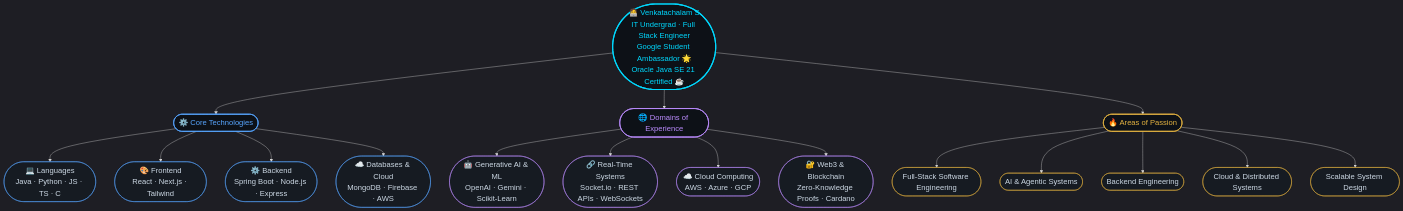
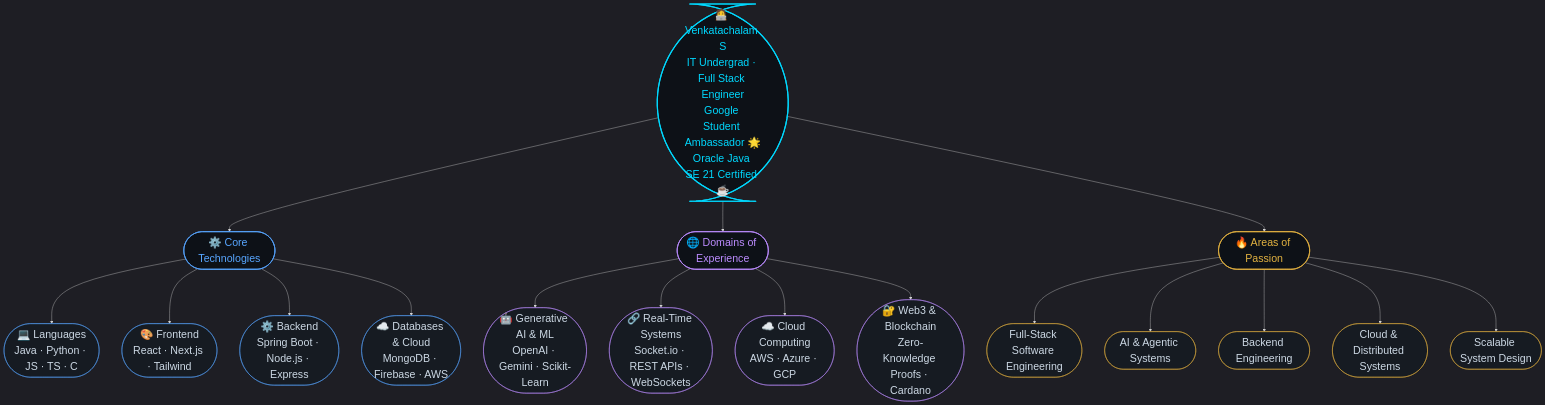
One commit to Venkat7123/Venkat7123 changed the diagram in README.md. Above: the diagram before and after it, drawn with Mermaid. The commit also changed other lines of this file, not shown here.

````diff
--- a/README.md
+++ b/README.md
@@ -34,42 +27,42 @@
 ```mermaid
-%%{init: {'theme': 'dark', 'themeVariables': { 'fontSize': '20px'}}}%%
+%%{init: {'theme': 'dark', 'themeVariables': { 'fontSize': '28px', 'fontFamily': 'Fira Code'}, 'flowchart': {'useMaxWidth': false, 'nodeSpacing': 60, 'rankSpacing': 80}}}%%
 flowchart TD
     A(["🧑‍💻 Venkatachalam S\nIT Undergrad · Full Stack Engineer\nGoogle Student Ambassador 🌟\nOracle Java SE 21 Certified ☕"])
 
     A --> B(["⚙️ Core Technologies"])
     B --> B1(["💻 Languages\nJava · Python · JS · TS · C"])
     B --> B2(["🎨 Frontend\nReact · Next.js · Tailwind"])
     B --> B3(["⚙️ Backend\nSpring Boot · Node.js · Express"])
     B --> B4(["☁️ Databases & Cloud\nMongoDB · Firebase · AWS"])
 
     A --> C(["🌐 Domains of Experience"])
     C --> C1(["🤖 Generative AI & ML\nOpenAI · Gemini · Scikit-Learn"])
     C --> C2(["🔗 Real-Time Systems\nSocket.io · REST APIs · WebSockets"])
     C --> C3(["☁️ Cloud Computing\nAWS · Azure · GCP"])
     C --> C4(["🔐 Web3 & Blockchain\nZero-Knowledge Proofs · Cardano"])
 
     A --> D(["🔥 Areas of Passion"])
     D --> D1(["Full-Stack Software Engineering"])
     D --> D2(["AI & Agentic Systems"])
     D --> D3(["Backend Engineering"])
     D --> D4(["Cloud & Distributed Systems"])
     D --> D5(["Scalable System Design"])
 
     style A fill:#0d1117,stroke:#00d9ff,stroke-width:3px,color:#00d9ff
     style B fill:#0d1117,stroke:#58a6ff,stroke-width:2px,color:#58a6ff
     style B1 fill:#161b22,stroke:#58a6ff,color:#cdd9e5
     style B2 fill:#161b22,stroke:#58a6ff,color:#cdd9e5
     style B3 fill:#161b22,stroke:#58a6ff,color:#cdd9e5
     style B4 fill:#161b22,stroke:#58a6ff,color:#cdd9e5
     style C fill:#0d1117,stroke:#bc8cff,stroke-width:2px,color:#bc8cff
     style C1 fill:#161b22,stroke:#bc8cff,color:#cdd9e5
     style C2 fill:#161b22,stroke:#bc8cff,color:#cdd9e5
     style C3 fill:#161b22,stroke:#bc8cff,color:#cdd9e5
     style C4 fill:#161b22,stroke:#bc8cff,color:#cdd9e5
     style D fill:#0d1117,stroke:#e3b341,stroke-width:2px,color:#e3b341
     style D1 fill:#161b22,stroke:#e3b341,color:#cdd9e5
     style D2 fill:#161b22,stroke:#e3b341,color:#cdd9e5
     style D3 fill:#161b22,stroke:#e3b341,color:#cdd9e5
     style D4 fill:#161b22,stroke:#e3b341,color:#cdd9e5
     style D5 fill:#161b22,stroke:#e3b341,color:#cdd9e5
 ```
````
